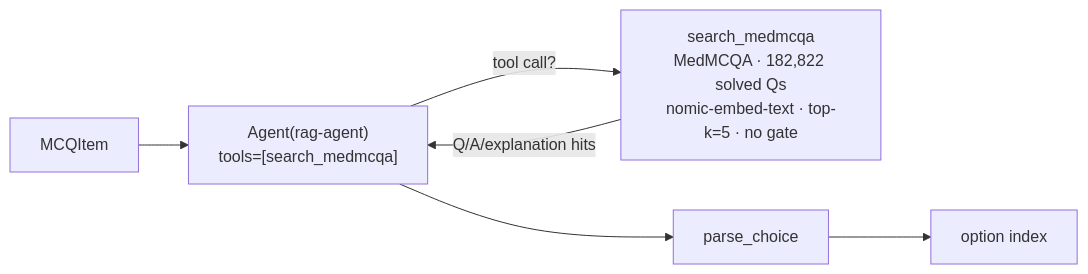
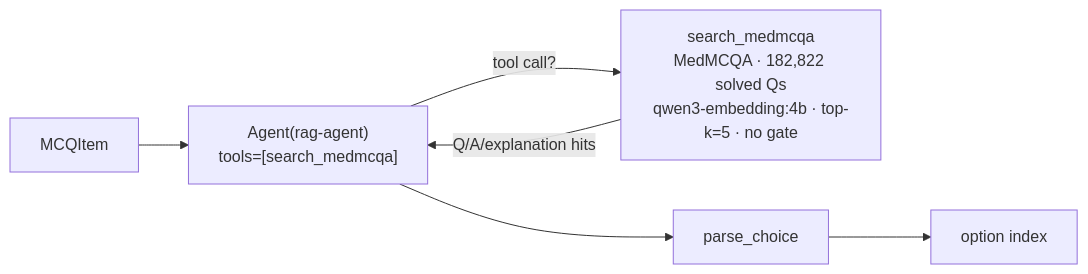
One commit to tigonguyen/langgraph-agent-hospital changed the third of 7 diagrams in docs/ARCHITECTURE.md. Above: the diagram before and after it, drawn with Mermaid. The commit also changed other lines of this file and 3 other files, not shown here.

First line of the commit message:
docs: sync README/ARCHITECTURE/PLAN with the V0-V5 rebuild

````diff
--- a/docs/ARCHITECTURE.md
+++ b/docs/ARCHITECTURE.md
@@ -115,8 +111,8 @@
 ```mermaid
 flowchart LR
     item["MCQItem"] --> agent["Agent(rag-agent)<br/>tools=[search_medmcqa]"]
-    agent -->|"tool call?"| tool["search_medmcqa<br/>MedMCQA · 182,822 solved Qs<br/>nomic-embed-text · top-k=5 · no gate"]
+    agent -->|"tool call?"| tool["search_medmcqa<br/>MedMCQA · 182,822 solved Qs<br/>qwen3-embedding:4b · top-k=5 · no gate"]
     tool -->|"Q/A/explanation hits"| agent
     agent --> parse["parse_choice"]
     parse --> idx["option index"]
 ```
````
